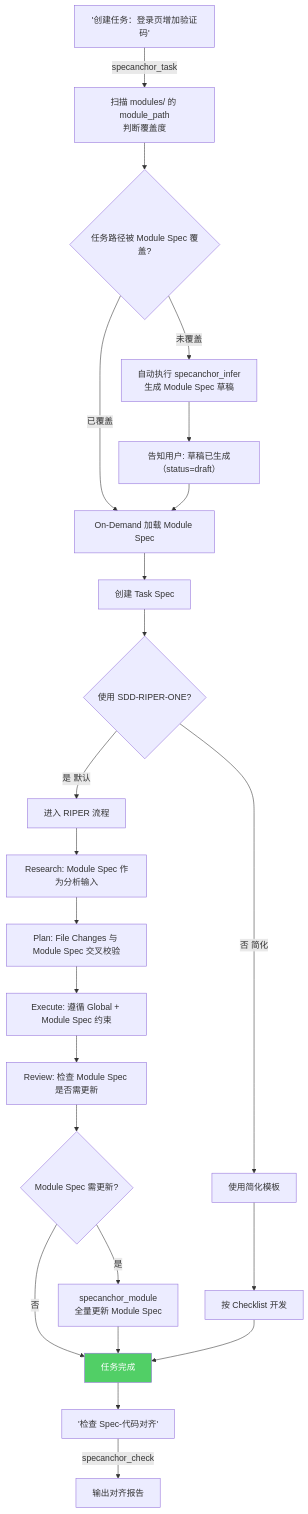
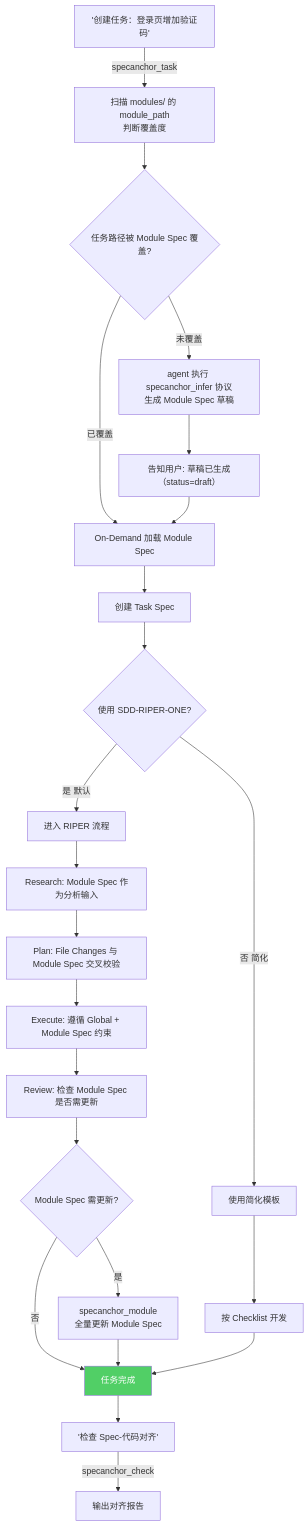
One commit to linziyanleo/spec-anchor changed the fourth of 6 diagrams in FLOWCHART.md. Above: the diagram before and after it, drawn with Mermaid. The commit also changed other lines of this file and 10 other files, not shown here.

````diff
--- a/FLOWCHART.md
+++ b/FLOWCHART.md
@@ -81,32 +81,32 @@
 ```mermaid
 flowchart TD
     A["'创建任务：登录页增加验证码'"] -->|specanchor_task| B[扫描 modules/ 的 module_path<br/>判断覆盖度]
     B --> B2{任务路径被 Module Spec 覆盖?}
     B2 -->|已覆盖| C[On-Demand 加载 Module Spec]
-    B2 -->|未覆盖| D["自动执行 specanchor_infer<br/>生成 Module Spec 草稿"]
+    B2 -->|未覆盖| D["agent 执行 specanchor_infer 协议<br/>生成 Module Spec 草稿"]
     D --> D2["告知用户: 草稿已生成（status=draft）"]
     D2 --> C
 
     C --> E[创建 Task Spec]
     E --> F{使用 SDD-RIPER-ONE?}
     F -->|是 默认| G[进入 RIPER 流程]
     F -->|否 简化| H[使用简化模板]
 
     G --> G1[Research: Module Spec 作为分析输入]
     G1 --> G2[Plan: File Changes 与 Module Spec 交叉校验]
     G2 --> G3[Execute: 遵循 Global + Module Spec 约束]
     G3 --> G4[Review: 检查 Module Spec 是否需更新]
 
     H --> I[按 Checklist 开发]
 
     G4 --> J{Module Spec 需更新?}
     J -->|是| K["specanchor_module<br/>全量更新 Module Spec"]
     J -->|否| L[任务完成]
     K --> L
     I --> L
 
     L --> N["'检查 Spec-代码对齐'"]
     N -->|specanchor_check| O[输出对齐报告]
 
     style L fill:#51cf66,color:#fff
 ```
````
